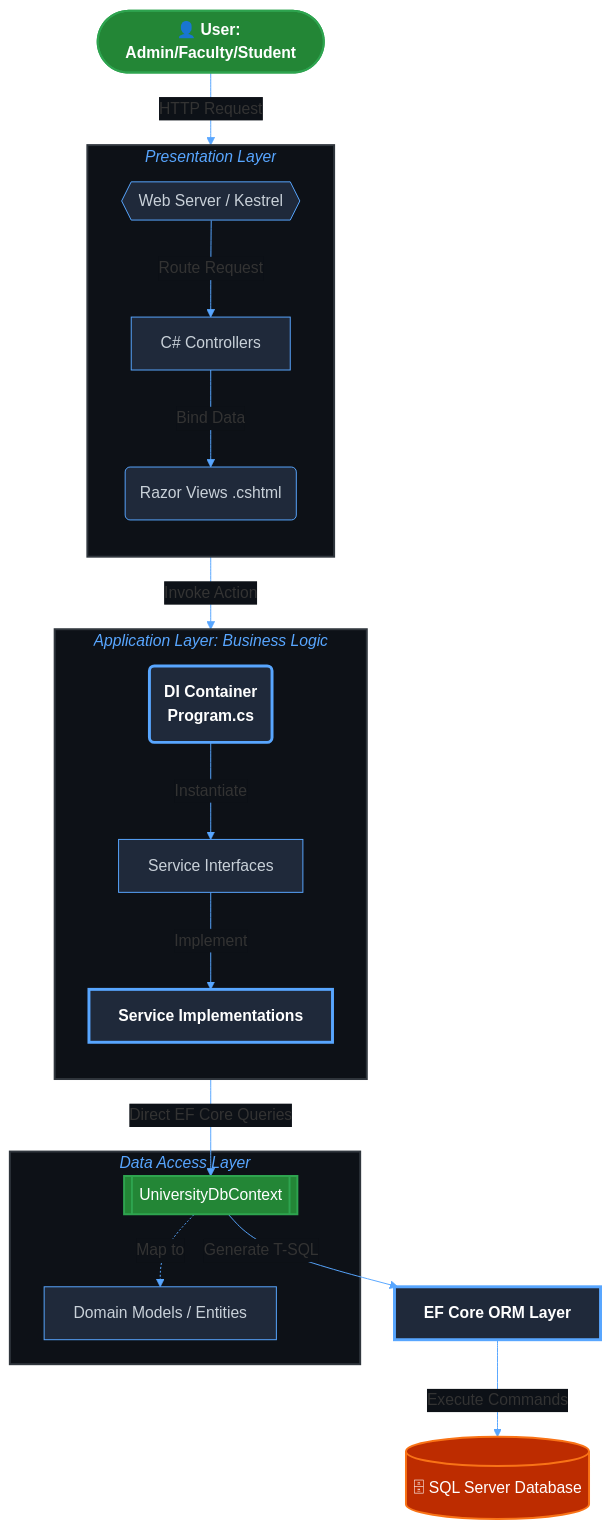
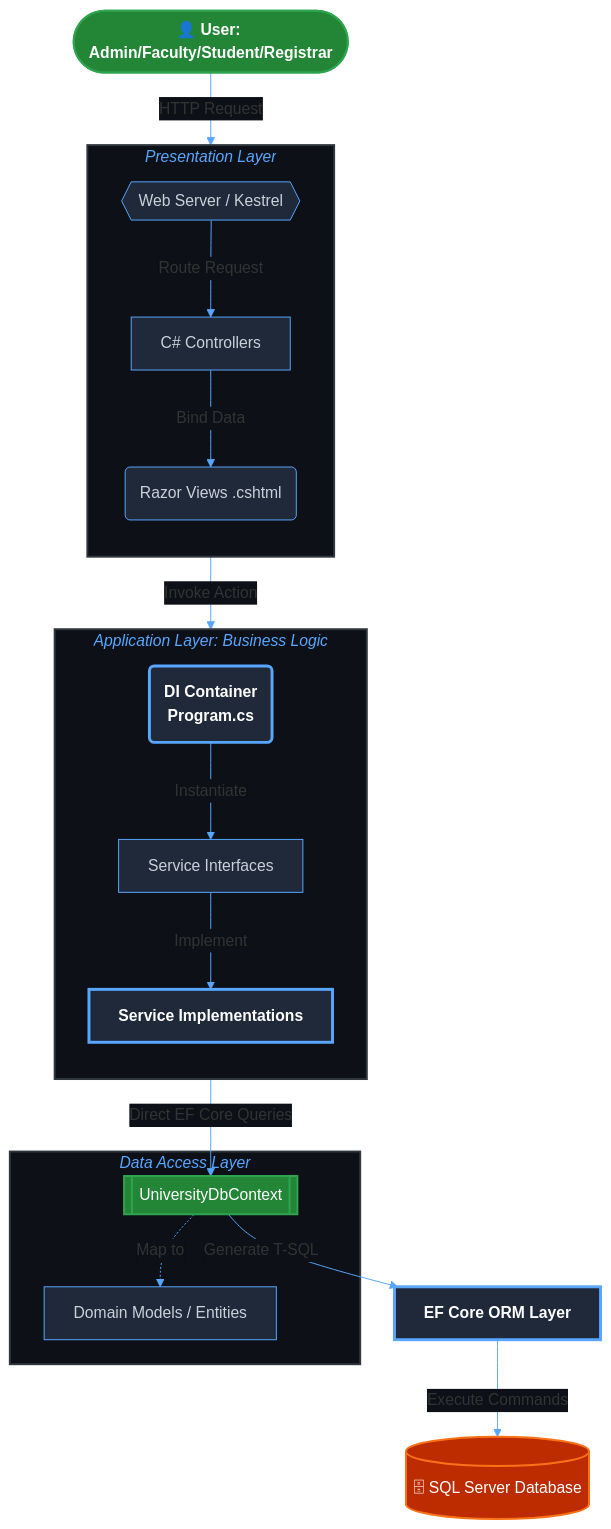
One commit to Mani-741/ABC_University_Management changed the first of 2 diagrams in README.md. Above: the diagram before and after it, drawn with Mermaid.

````diff
--- a/README.md
+++ b/README.md
@@ -27,41 +27,41 @@
 ```mermaid
 %%{init: {'theme': 'base', 'themeVariables': { 'primaryColor': '#161b22', 'edgeLabelBackground':'#0d1117', 'tertiaryColor': '#0d1117', 'lineColor': '#58a6ff', 'mainBkg': '#0d1117'}}}%%
 
 flowchart TD
     %% Custom Styling
     classDef userNode fill:#238636,stroke:#2ea44f,stroke-width:2px,color:#ffffff,font-weight:bold;
     classDef layerBox fill:#0d1117,stroke:#30363d,stroke-width:2px,color:#58a6ff,font-style:italic;
     classDef actionNode fill:#1f293a,stroke:#58a6ff,stroke-width:1px,color:#c9d1d9;
     classDef pulsingNode fill:#1f293a,stroke:#58a6ff,stroke-width:3px,color:#ffffff,font-weight:bold;
     classDef dbNode fill:#bd2c00,stroke:#f97316,stroke-width:2px,color:#ffffff;
     classDef persistenceNode fill:#238636,stroke:#2ea44f,stroke-width:2px,color:#ffffff;
 
     %% Workflow start
-    User([👤 User: Admin/Faculty/Student]):::userNode -->|HTTP Request| Nginx{{Web Server / Kestrel}}:::actionNode
+    User([👤 User: Admin/Faculty/Student/Registrar]):::userNode -->|HTTP Request| Nginx{{Web Server / Kestrel}}:::actionNode
     
     subgraph Presentation_Layer [Presentation Layer]
         direction TB
         Nginx -->|Route Request| Ctrl[C# Controllers]:::actionNode
         Ctrl -->|Bind Data| Razor(Razor Views .cshtml):::actionNode
     end
     
     Ctrl -->|Invoke Action| DI_Cont(DI Container <br> Program.cs):::pulsingNode
     
     subgraph App_Layer [Application Layer: Business Logic]
         direction TB
         DI_Cont -->|Instantiate| SI[Service Interfaces]:::actionNode
         SI -->|Implement| SL[Service Implementations]:::pulsingNode
     end
     
     %% Business Logic talking directly to DbContext
     subgraph Data_Layer [Data Access Layer]
         SL -->|Direct EF Core Queries| DBC[[UniversityDbContext]]:::persistenceNode
         DBC -.->|Map to| MD[Domain Models / Entities]:::actionNode
     end
     
     DBC -->|Generate T-SQL| EF[EF Core ORM Layer]:::pulsingNode
     EF -->|Execute Commands| SQLServer[(🗄 SQL Server Database)]:::dbNode
 
     %% Styling the Subgraph Headers
     class Presentation_Layer,App_Layer,Data_Layer layerBox;
 ```
````
